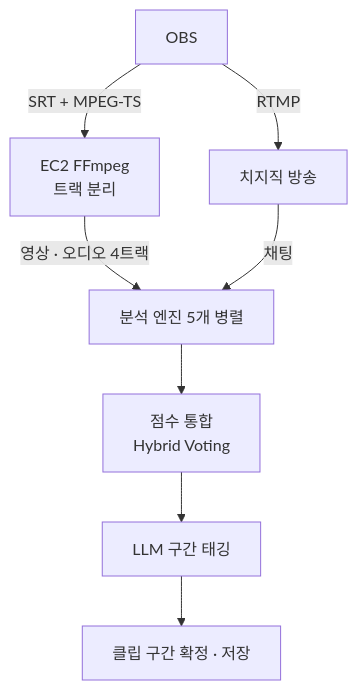
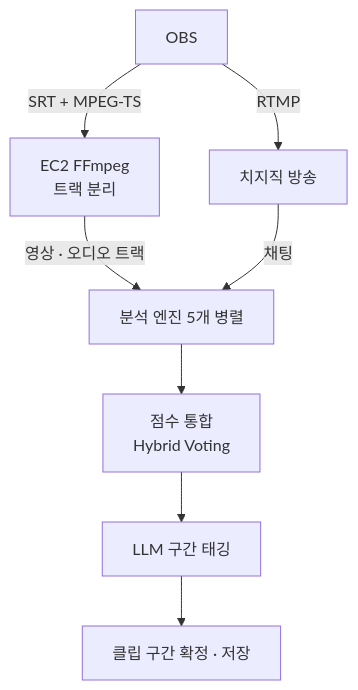
Before and after one commit to xodbs1021/xodbs1021.github.io: the first of 4 diagrams in content/posts/0-to-1/pokeclip-architecture.md, drawn with Mermaid. The commit also changed other lines of this file and 3 other files, not shown here.

````diff
--- a/content/posts/0-to-1/pokeclip-architecture.md
+++ b/content/posts/0-to-1/pokeclip-architecture.md
@@ -19,12 +19,12 @@
 ```mermaid {#fig-overview kind="개념도" caption="2026년 6월 v3 설계 당시 구상한 전체 흐름입니다. 방송용 RTMP와 분석용 SRT를 OBS에서 따로 보내고, 분석 쪽은 트랙을 나눠 엔진 5개에 넣은 뒤 점수 통합 · LLM 태깅 · 클립 저장으로 이어집니다. 지금 구조가 아닌 옛 설계를 그린 그림입니다."}
 flowchart TB
   accTitle: v3 설계의 전체 흐름
   accDescr: OBS가 RTMP로 치지직에 방송을 보내고, SRT와 MPEG-TS로 EC2에 분석용 스트림을 보낸다. EC2의 FFmpeg가 영상과 오디오 4트랙을 나눠 분석 엔진 5개에 넘기고, 치지직 방송의 채팅도 엔진에 들어간다. 엔진 신호는 Hybrid Voting으로 합쳐지고, LLM이 구간을 태깅한 뒤 클립 구간을 확정해 저장한다.
   obs[OBS] -->|RTMP| chz[치지직 방송]
   obs -->|SRT + MPEG-TS| ff[EC2 FFmpeg<br/>트랙 분리]
-  ff -->|영상 · 오디오 4트랙| eng[분석 엔진 5개 병렬]
+  ff -->|영상 · 오디오 트랙| eng[분석 엔진 5개 병렬]
   chz -->|채팅| eng
   eng --> score[점수 통합<br/>Hybrid Voting]
   score --> llm[LLM 구간 태깅]
   llm --> clip[클립 구간 확정 · 저장]
 ```
````
